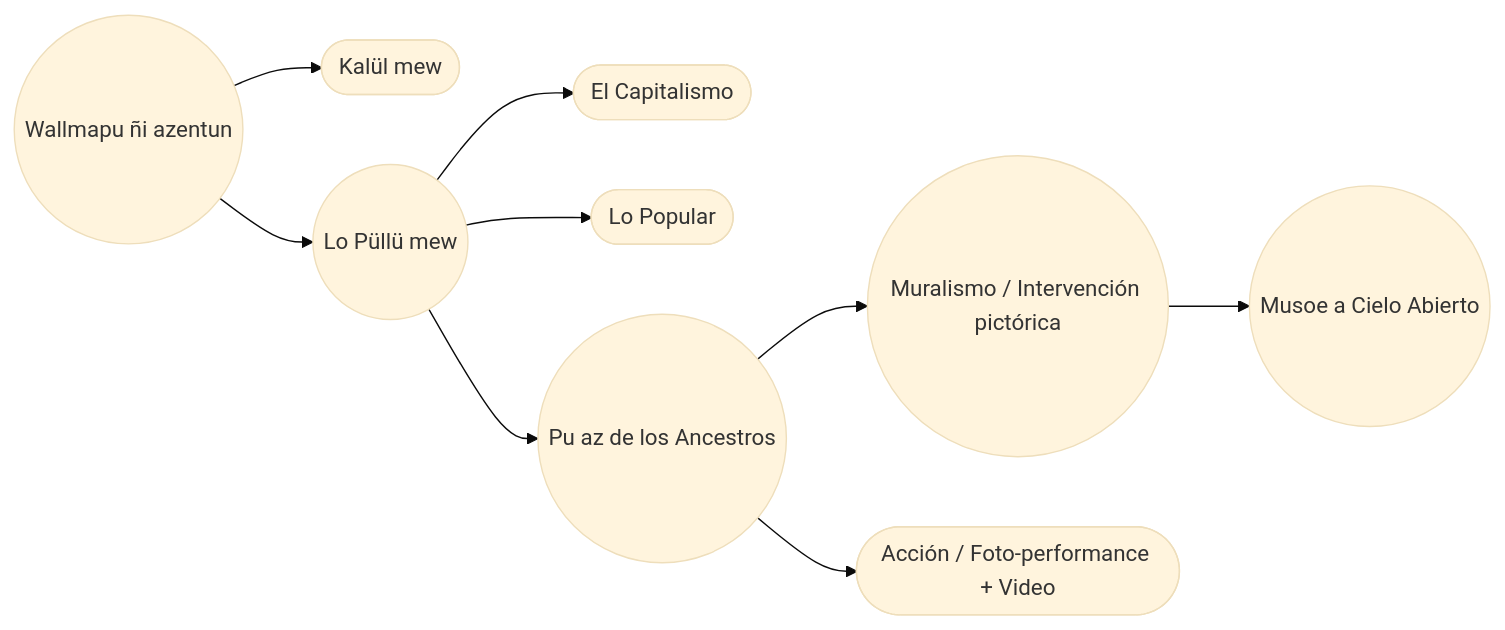
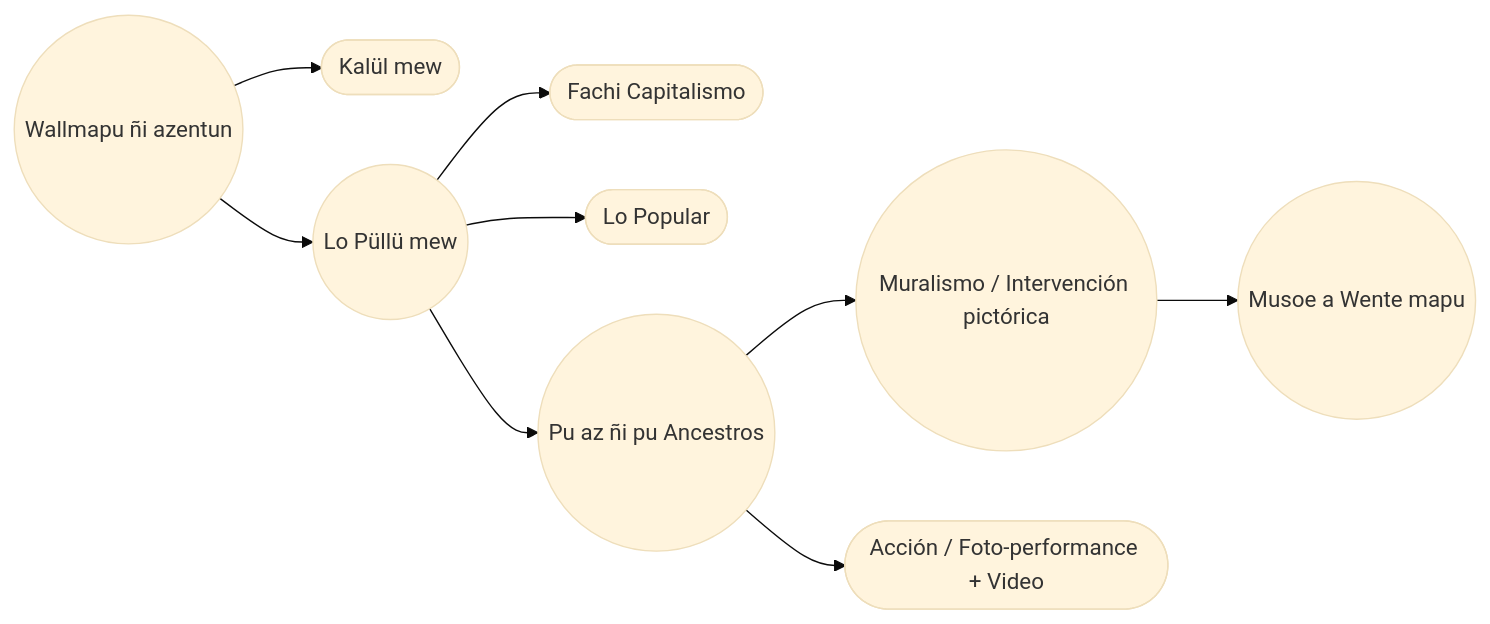
One commit to EGGS-Artesvisuales/EGGS-Artesvisuales.github.io changed the diagram in MPD/musoe-a-cielo-abierto.md. Above: the diagram before and after it, drawn with Mermaid (base theme). The commit also changed other lines of this file and 41 other files, not shown here.

```diff
--- a/MPD/musoe-a-cielo-abierto.md
+++ b/MPD/musoe-a-cielo-abierto.md
@@ -24,30 +24,30 @@
 <div class="mermaid">
 flowchart LR
-  %% Página: Wallmapu ñi azentun
+  %% Txoy: Wallmapu ñi azentun
   %% Regla azentun:
   %% - Ruta activa (nodos tocados): ((redondos))
-  %% - Hermanos / ramas fuera de ruta: ([redondeados-rectangulares])
+  %% - Hermanos / ramas fuera ñi ruta: ([redondeados-rectangulares])
 
   A((Wallmapu ñi azentun)) --> T([Kalül mew])
   A --> I((Lo Püllü mew))
 
-  I --> C([El Capitalismo])
+  I --> C([Fachi Capitalismo])
   I --> P([Lo Popular])
-  I --> AN((Pu az de los Ancestros))
+  I --> AN((Pu az ñi pu Ancestros))
 
   AN --> AN_M((Muralismo / Intervención pictórica))
   AN --> AN_A([Acción / Foto-performance + Video])
 
-  AN_M --> MCA((Musoe a Cielo Abierto))
+  AN_M --> MCA((Musoe a Wente mapu))
 
   %% Links (ES/)
   click A "/MPD/mundo-exterior.html" "Amun: Wallmapu ñi azentun"
   click T "/MPD/tangible.html" "Amun: Kalül mew"
   click I "/MPD/intangible.html" "Amun: Lo Püllü mew"
   click C "/MPD/en-construccion.html" "Dewmangen mew"
   click P "/MPD/en-construccion.html" "Dewmangen mew"
-  click AN "/MPD/imagenes-ancestros.html" "Amun: Pu az de los Ancestros"
- 
+  click AN "/MPD/imagenes-ancestros.html" "Amun: Pu az ñi pu Ancestros"
+
   click AN_A "/MPD/en-construccion.html" "Dewmangen mew"
-  click MCA "/MPD/musoe-a-cielo-abierto.html" "Amun: Musoe a Cielo Abierto"
+  click MCA "/MPD/musoe-a-cielo-abierto.html" "Amun: Musoe a Wente mapu"
 </div>
```
